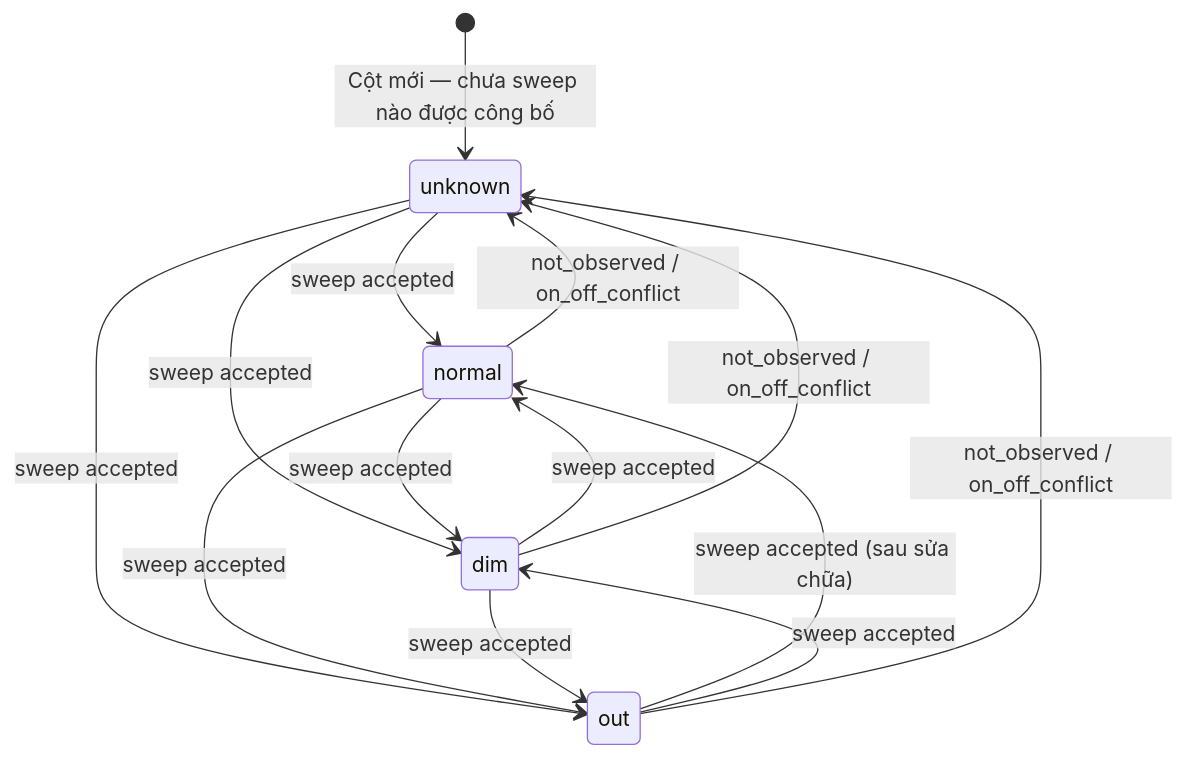
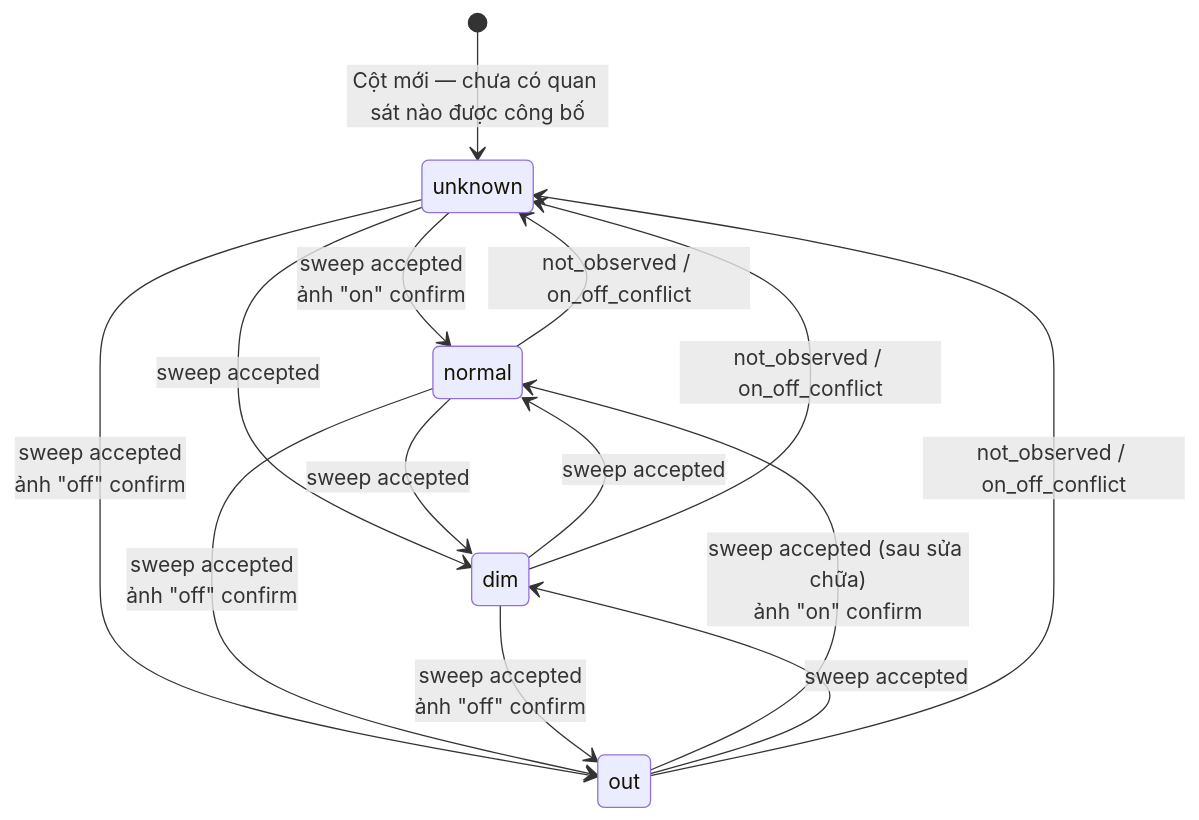
One commit to LuxMapLabs/luxmap_backend changed the tenth of 11 diagrams in docs/state-machines.md. Above: the diagram before and after it, drawn with Mermaid. The commit also changed other lines of this file and 1 other file, not shown here.

````diff
--- a/docs/state-machines.md
+++ b/docs/state-machines.md
@@ -264,16 +276,16 @@
 ```mermaid
 stateDiagram-v2
-    [*] --> unknown : Cột mới — chưa sweep nào được công bố
-    unknown --> normal : sweep accepted
+    [*] --> unknown : Cột mới — chưa có quan sát nào được công bố
+    unknown --> normal : sweep accepted<br/>ảnh "on" confirm
     unknown --> dim : sweep accepted
-    unknown --> out : sweep accepted
+    unknown --> out : sweep accepted<br/>ảnh "off" confirm
     normal --> dim : sweep accepted
     dim --> normal : sweep accepted
-    normal --> out : sweep accepted
-    out --> normal : sweep accepted (sau sửa chữa)
-    dim --> out : sweep accepted
+    normal --> out : sweep accepted<br/>ảnh "off" confirm
+    out --> normal : sweep accepted (sau sửa chữa)<br/>ảnh "on" confirm
+    dim --> out : sweep accepted<br/>ảnh "off" confirm
     out --> dim : sweep accepted
     normal --> unknown : not_observed / on_off_conflict
     dim --> unknown : not_observed / on_off_conflict
     out --> unknown : not_observed / on_off_conflict
 ```
````
